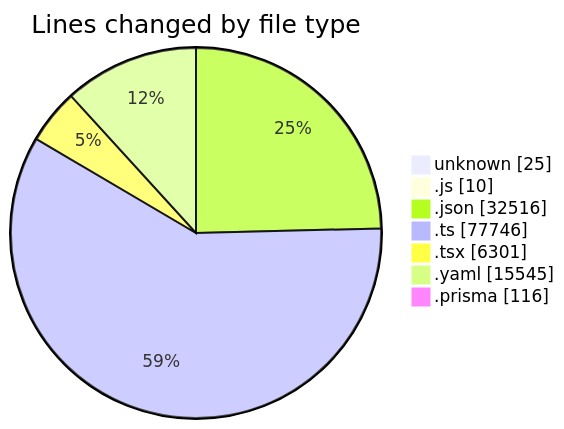
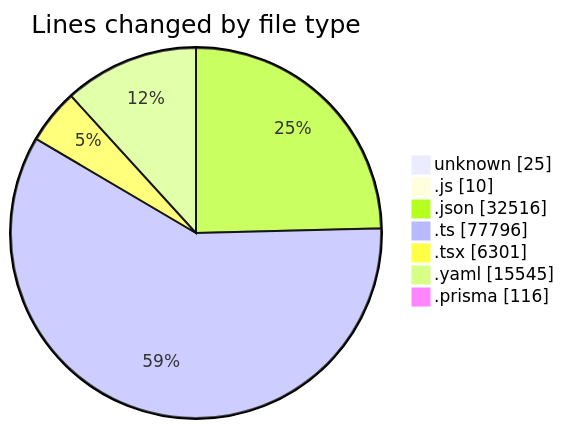
The first of 2 diagrams in 2025-05-02/ecodeli/README.md (CELIANVF/code-tracking), drawn with Mermaid before and after one commit. The commit also changed other lines of this file and 1 other file, not shown here.

````diff
--- a/2025-05-02/ecodeli/README.md
+++ b/2025-05-02/ecodeli/README.md
@@ -91,11 +91,11 @@
 ```mermaid
 pie showData
 title Lines changed by file type
 "unknown" : 25
 ".js" : 10
 ".json" : 32516
-".ts" : 77746
+".ts" : 77796
 ".tsx" : 6301
 ".yaml" : 15545
 ".prisma" : 116
 ```
````
